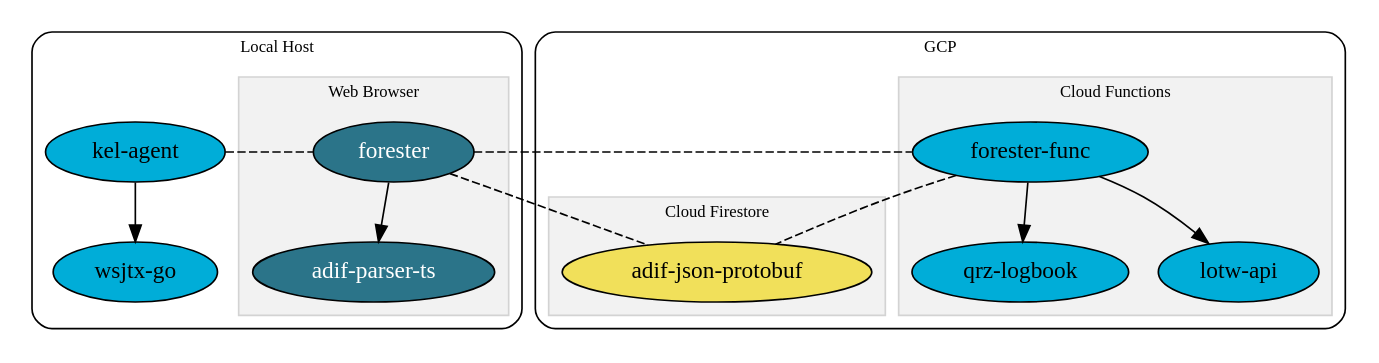
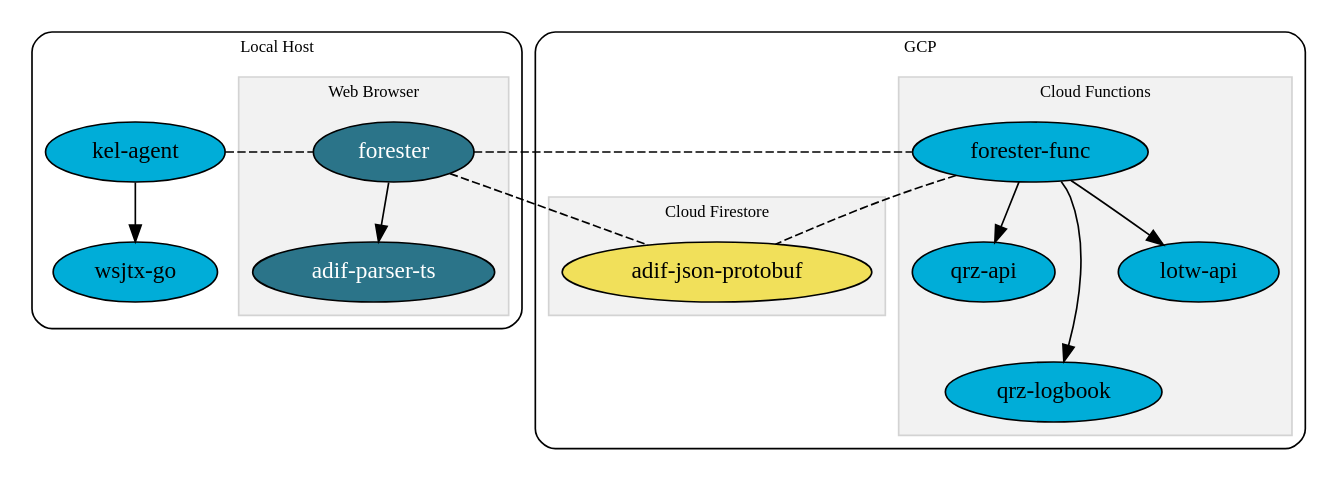
The diagram in architecture.dot (k0swe/docs), drawn with Graphviz before and after one commit. The commit also changed 2 other files, not shown here.

Commit message:
Add qrz-api as a dep of forester-func

```diff
--- a/architecture.dot
+++ b/architecture.dot
@@ -1,64 +1,68 @@
 digraph {
     graph [truecolor = true bgcolor = "#ffffff00"]
     newrank = true;
 
     subgraph clusterComputer {
         graph [truecolor = true bgcolor = "gray100"]
         label = "Local Host";
         style = rounded;
         fontsize = 10;
 
         subgraph clusterBrowser {
             label = "Web Browser";
             fontsize = 10;
             color = lightgrey;
             style=filled;
             fillcolor = "grey95";
 
             forester [URL="https://github.com/k0swe/forester"; style=filled; fillcolor="#2b7489"; fontcolor=white]
             adifparserts [label = "adif-parser-ts"; URL="https://github.com/k0swe/adif-parser-ts"; style=filled; fillcolor="#2b7489"; fontcolor=white]
             forester -> adifparserts
         };
         agent [label = "kel-agent"; URL="https://github.com/k0swe/kel-agent"; style=filled; fillcolor="#00ADD8"]
         wsjtxgo [label = "wsjtx-go"; URL="https://github.com/k0swe/wsjtx-go"; style=filled; fillcolor="#00ADD8"]
         agent -> wsjtxgo
     }
 
     subgraph clusterGCP {
         graph [truecolor = true bgcolor = "gray100"]
         label = "GCP";
         style = rounded;
         fontsize = 10;
 
         subgraph clusterGCF {
             label = "Cloud Functions";
             fontsize = 10;
             color = lightgrey;
             style=filled;
             fillcolor = "grey95";
 
             func [label = "forester-func"; URL="https://github.com/k0swe/forester-func"; style=filled; fillcolor="#00ADD8"]
+            qrzapi [label = "qrz-api"; URL="https://github.com/k0swe/qrz-api"; style=filled; fillcolor="#00ADD8"]
             qrzlogbook [label = "qrz-logbook"; URL="https://github.com/k0swe/qrz-logbook"; style=filled; fillcolor="#00ADD8"]
             lotwapi [label = "lotw-api"; URL="https://github.com/k0swe/lotw-api"; style=filled; fillcolor="#00ADD8"]
+            func -> qrzapi
             func -> qrzlogbook
+            qrzapi -> qrzlogbook [style=invis]
             func -> lotwapi
+            {rank=sink; qrzlogbook}
         };
 
         subgraph clusterFirebase {
             label = "Cloud Firestore";
             fontsize = 10;
             color = lightgrey;
             style=filled;
             fillcolor = "grey95";
             adifjson [label = "adif-json-protobuf"; URL="https://github.com/k0swe/adif-json-protobuf"; style=filled; fillcolor="#f1e05a"]
         };
     };
 
     edge [style = dashed; dir = none;]
-    {rank = same; forester; agent; func}
+    {rank=source; forester agent func}
 
     agent -> forester;
     forester -> adifjson;
     forester -> func;
     func -> adifjson;
 }
```
